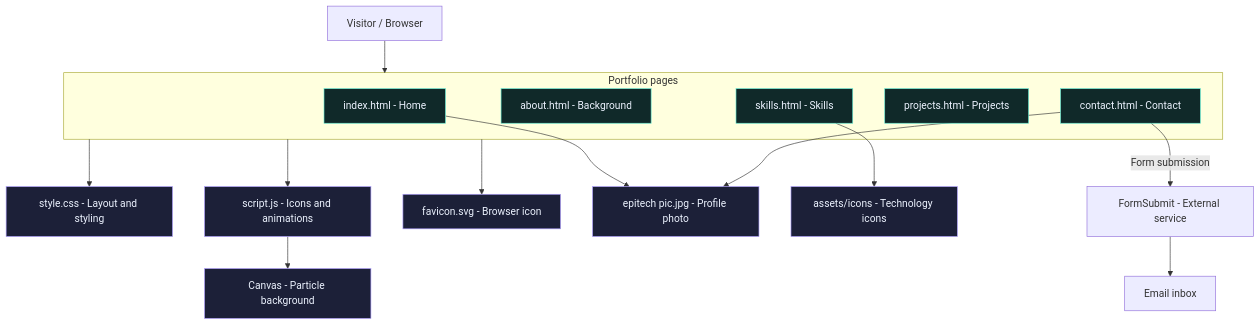
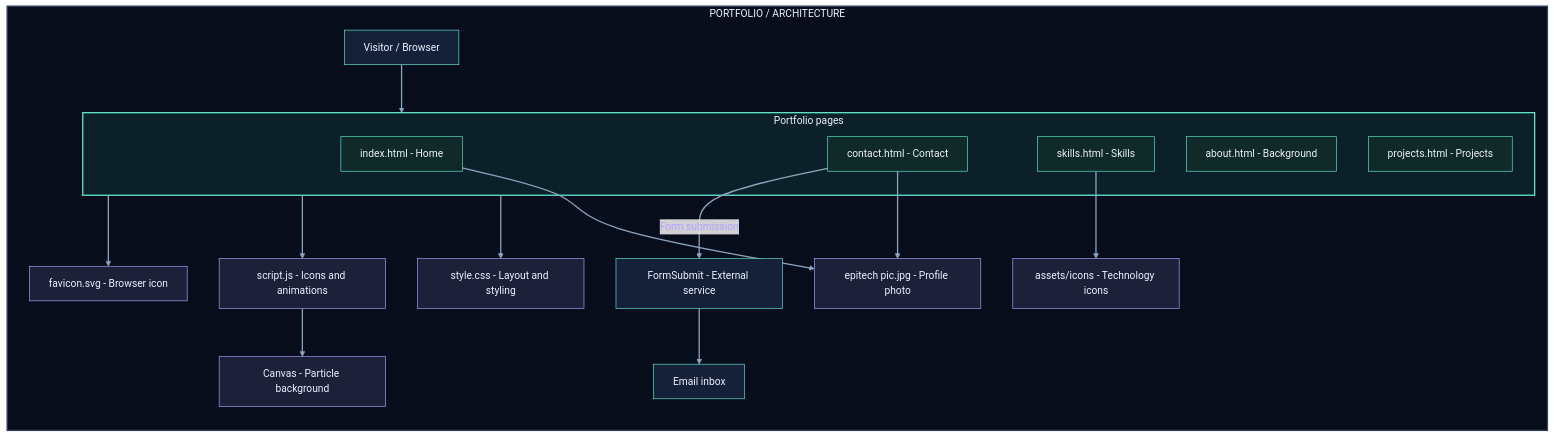
One commit to hsainezaid0/My-Portfolio changed the diagram in README.md. Above: the diagram before and after it, drawn with Mermaid.

Commit message:
Style README diagram with portfolio dark background

````diff
--- a/README.md
+++ b/README.md
@@ -26,27 +26,36 @@
 ```mermaid
 flowchart TD
-    Visitor[Visitor / Browser] --> Pages
+    subgraph Architecture["PORTFOLIO / ARCHITECTURE"]
+        direction TB
+        Visitor[Visitor / Browser] --> Pages
 
-    subgraph Pages[Portfolio pages]
-        Home[index.html - Home]
-        About[about.html - Background]
-        Skills[skills.html - Skills]
-        Projects[projects.html - Projects]
-        Contact[contact.html - Contact]
+        subgraph Pages[Portfolio pages]
+            Home[index.html - Home]
+            About[about.html - Background]
+            Skills[skills.html - Skills]
+            Projects[projects.html - Projects]
+            Contact[contact.html - Contact]
+        end
+
+        Pages --> CSS[style.css - Layout and styling]
+        Pages --> JS[script.js - Icons and animations]
+        Pages --> Favicon[favicon.svg - Browser icon]
+        Home --> Portrait[epitech pic.jpg - Profile photo]
+        Contact --> Portrait
+        Skills --> Icons[assets/icons - Technology icons]
+        JS --> Canvas[Canvas - Particle background]
+        Contact -->|Form submission| FormSubmit[FormSubmit - External service]
+        FormSubmit --> Inbox[Email inbox]
+
+        classDef page fill:#102929,stroke:#63ead3,color:#edf3ff
+        classDef asset fill:#1c2038,stroke:#b0a0ff,color:#edf3ff
+        class Home,About,Skills,Projects,Contact page
+        class CSS,JS,Favicon,Portrait,Icons,Canvas asset
     end
 
-    Pages --> CSS[style.css - Layout and styling]
-    Pages --> JS[script.js - Icons and animations]
-    Pages --> Favicon[favicon.svg - Browser icon]
-    Home --> Portrait[epitech pic.jpg - Profile photo]
-    Contact --> Portrait
-    Skills --> Icons[assets/icons - Technology icons]
-    JS --> Canvas[Canvas - Particle background]
-    Contact -->|Form submission| FormSubmit[FormSubmit - External service]
-    FormSubmit --> Inbox[Email inbox]
-
-    classDef page fill:#102929,stroke:#63ead3,color:#edf3ff
-    classDef asset fill:#1c2038,stroke:#b0a0ff,color:#edf3ff
-    class Home,About,Skills,Projects,Contact page
-    class CSS,JS,Favicon,Portrait,Icons,Canvas asset
+    style Architecture fill:#080d1b,stroke:#35405d,stroke-width:2px,color:#edf3ff
+    style Pages fill:#0b2028,stroke:#63ead3,stroke-width:2px,color:#edf3ff
+    classDef service fill:#152039,stroke:#63ead3,color:#edf3ff
+    class Visitor,FormSubmit,Inbox service
+    linkStyle default stroke:#8da5bf,stroke-width:2px,color:#b0a0ff
 ```
````
